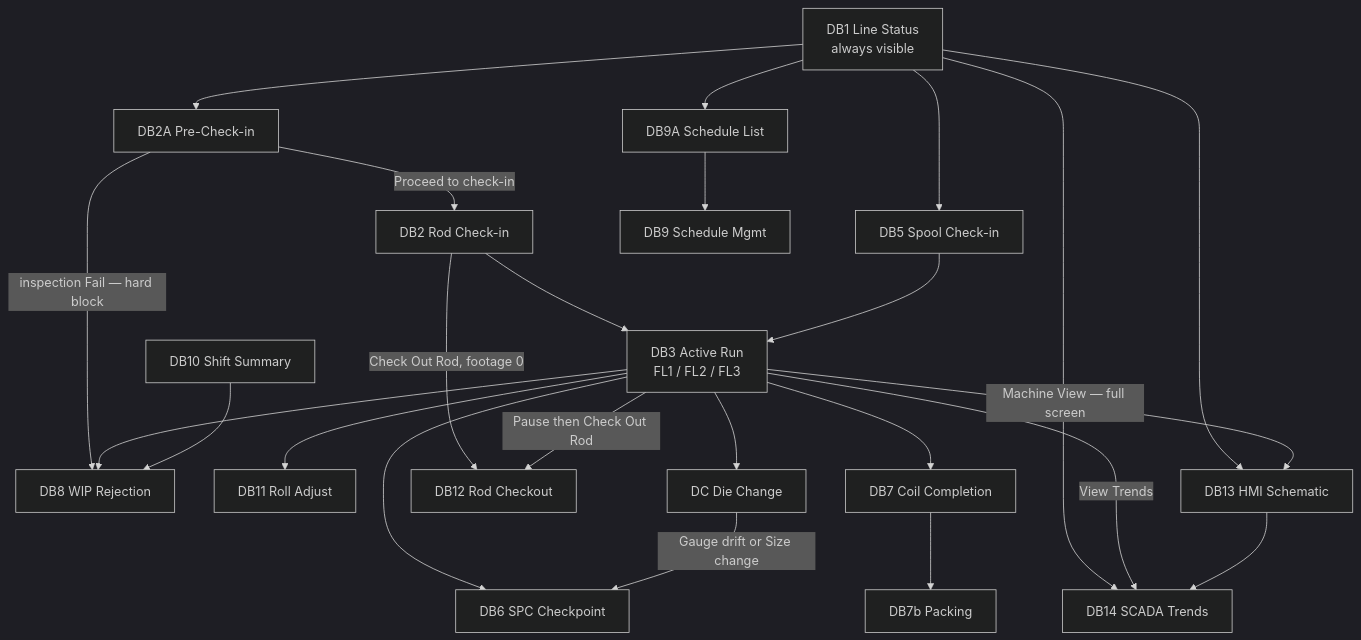
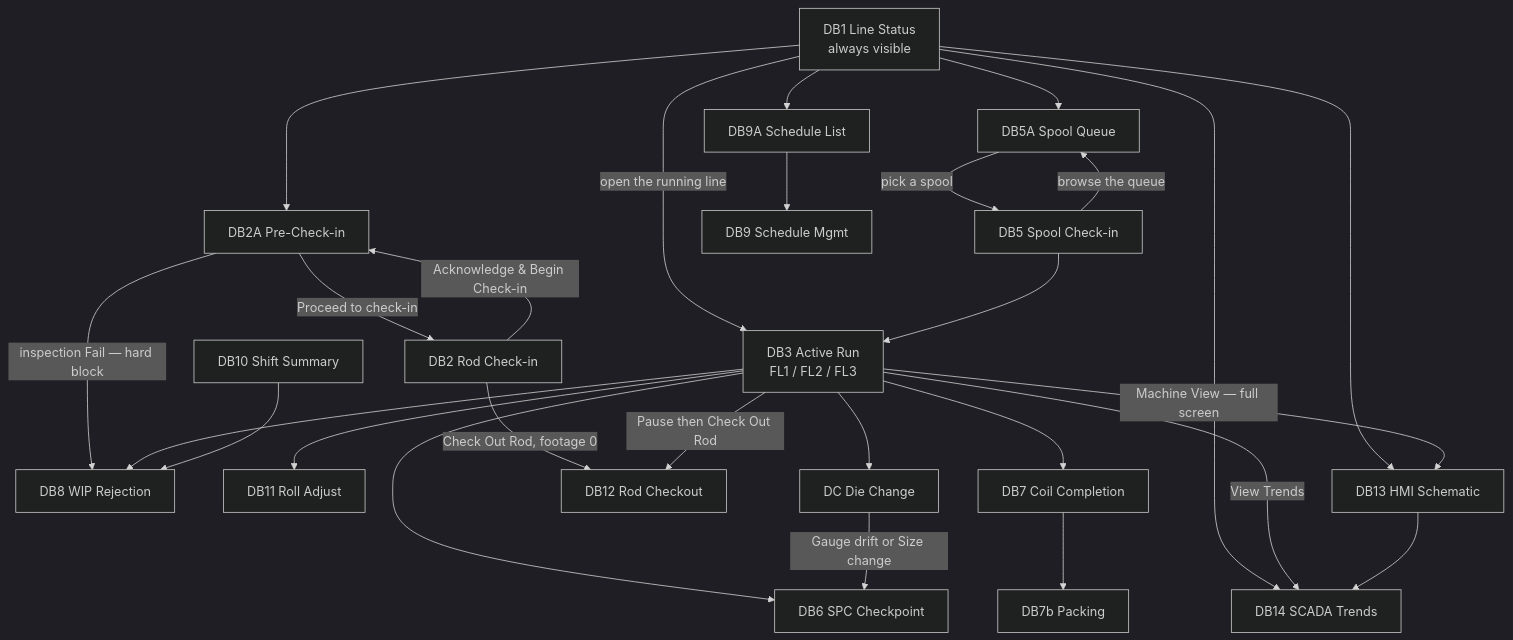
The seventh of 7 diagrams in LatestDocument/ProjectPlan/02-SRS.md (UnitedAluminum/Flatwire-planning), drawn with Mermaid (dark theme) before and after one commit. The commit also changed other lines of this file and 51 other files, not shown here.

````diff
--- a/LatestDocument/ProjectPlan/02-SRS.md
+++ b/LatestDocument/ProjectPlan/02-SRS.md
@@ -1358,44 +1394,48 @@
 ```mermaid
 flowchart TD
   DB1["DB1 Line Status<br/>always visible"]
   DB2A["DB2A Pre-Check-in"]
   DB2["DB2 Rod Check-in"]
   DB5["DB5 Spool Check-in"]
+  DB5A["DB5A Spool Queue"]
   DB9A["DB9A Schedule List"]
   DB9["DB9 Schedule Mgmt"]
   DB3["DB3 Active Run<br/>FL1 / FL2 / FL3"]
   DB6["DB6 SPC Checkpoint"]
   DB8["DB8 WIP Rejection"]
   DB11["DB11 Roll Adjust"]
   DC["DC Die Change"]
   DB12["DB12 Rod Checkout"]
   DB7["DB7 Coil Completion"]
   DB7b["DB7b Packing"]
   DB10["DB10 Shift Summary"]
   DB13["DB13 HMI Schematic"]
   DB14["DB14 SCADA Trends"]
 
   DB1 --> DB2A
-  DB1 --> DB5
+  DB1 -->|open the running line| DB3
+  DB1 --> DB5A
   DB1 --> DB9A
   DB1 --> DB13
   DB1 --> DB14
   DB9A --> DB9
+  DB5A -->|pick a spool| DB5
+  DB5 -->|browse the queue| DB5A
   DB2A -->|Proceed to check-in| DB2
   DB2A -->|inspection Fail — hard block| DB8
-  DB2 --> DB3
+  DB2 -->|Acknowledge & Begin Check-in| DB2A
   DB2 -->|Check Out Rod, footage 0| DB12
   DB5 --> DB3
   DB3 --> DB6
   DB3 --> DB8
   DB3 --> DB11
   DB3 --> DC
   DB3 --> DB7
   DB3 -->|Machine View — full screen| DB13
   DB3 -->|View Trends| DB14
   DB3 -->|Pause then Check Out Rod| DB12
   DC -->|Gauge drift or Size change| DB6
   DB7 --> DB7b
   DB13 --> DB14
   DB10 --> DB8
 ```
````
